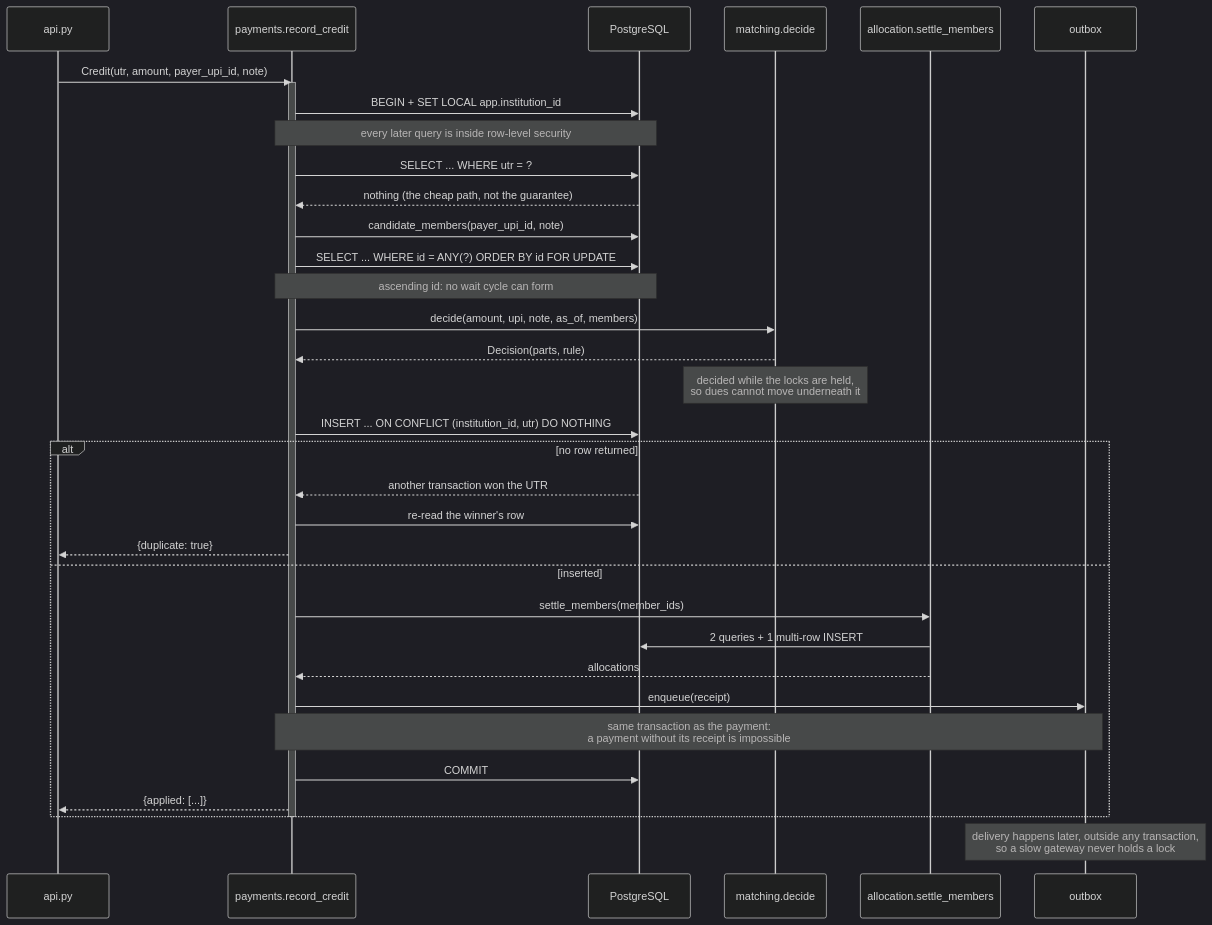
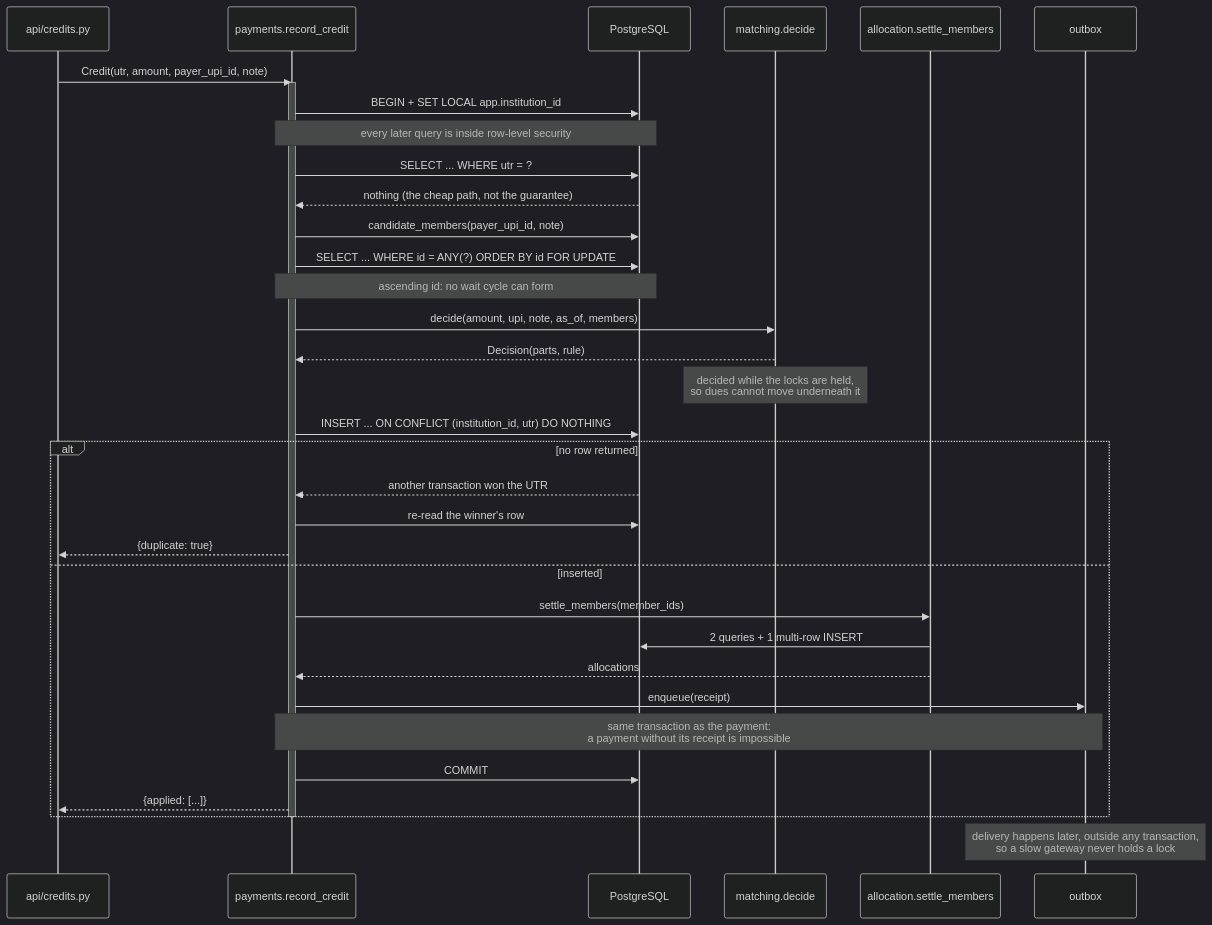
The third of 6 diagrams in README.md (SrijaMalhar/PaySleuth), drawn with Mermaid (dark theme) before and after one commit. The commit also changed other lines of this file and 12 other files, not shown here.

````diff
--- a/README.md
+++ b/README.md
@@ -282,43 +282,43 @@
 ```mermaid
 sequenceDiagram
-    participant API as api.py
+    participant API as api/credits.py
     participant P as payments.record_credit
     participant DB as PostgreSQL
     participant M as matching.decide
     participant A as allocation.settle_members
     participant O as outbox
 
     API->>P: Credit(utr, amount, payer_upi_id, note)
     activate P
     P->>DB: BEGIN + SET LOCAL app.institution_id
     Note over P,DB: every later query is inside row-level security
 
     P->>DB: SELECT ... WHERE utr = ?
     DB-->>P: nothing (the cheap path, not the guarantee)
 
     P->>DB: candidate_members(payer_upi_id, note)
     P->>DB: SELECT ... WHERE id = ANY(?) ORDER BY id FOR UPDATE
     Note over P,DB: ascending id: no wait cycle can form
 
     P->>M: decide(amount, upi, note, as_of, members)
     M-->>P: Decision(parts, rule)
     Note over M: decided while the locks are held,<br/>so dues cannot move underneath it
 
     P->>DB: INSERT ... ON CONFLICT (institution_id, utr) DO NOTHING
     alt no row returned
         DB-->>P: another transaction won the UTR
         P->>DB: re-read the winner's row
         P-->>API: {duplicate: true}
     else inserted
         P->>A: settle_members(member_ids)
         A->>DB: 2 queries + 1 multi-row INSERT
         A-->>P: allocations
         P->>O: enqueue(receipt)
         Note over P,O: same transaction as the payment:<br/>a payment without its receipt is impossible
         P->>DB: COMMIT
         P-->>API: {applied: [...]}
     end
     deactivate P
 
     Note over O: delivery happens later, outside any transaction,<br/>so a slow gateway never holds a lock
 ```
````
